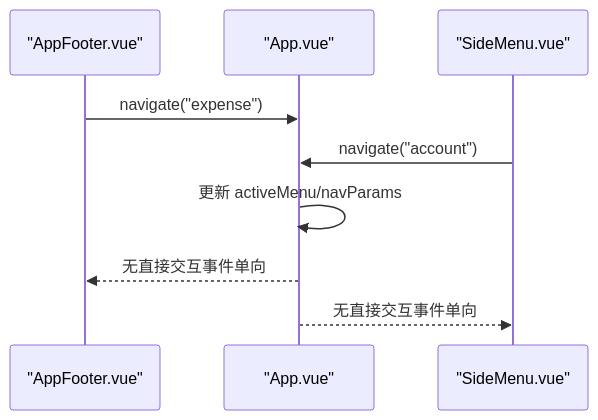
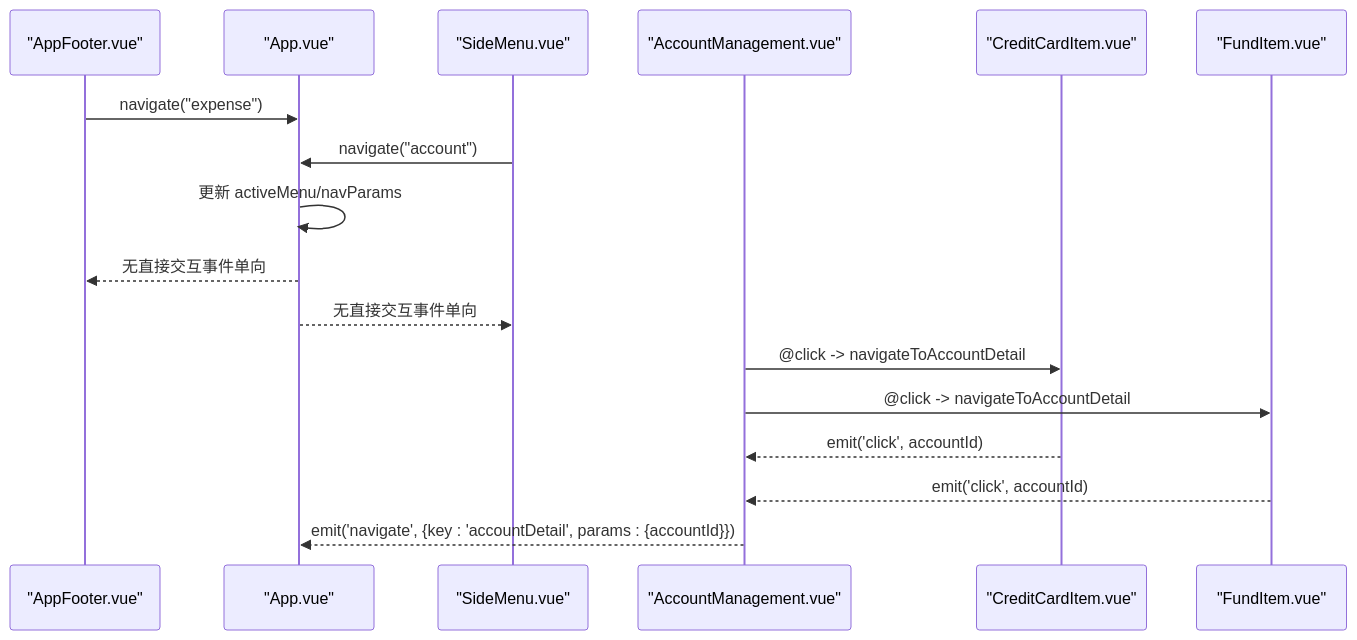
One commit to xiao-lin-unit/yuan changed the fourth of 9 diagrams in .qoder/repowiki/zh/content/架构设计/组件通信机制.md. Above: the diagram before and after it, drawn with Mermaid. The commit also changed other lines of this file and 19 other files, not shown here.

````diff
--- a/.qoder/repowiki/zh/content/架构设计/组件通信机制.md
+++ b/.qoder/repowiki/zh/content/架构设计/组件通信机制.md
@@ -178,11 +206,19 @@
 ```mermaid
 sequenceDiagram
 participant Footer as "AppFooter.vue"
 participant App as "App.vue"
 participant Menu as "SideMenu.vue"
+participant AccMgr as "AccountManagement.vue"
+participant CardItem as "CreditCardItem.vue"
+participant FundItem as "FundItem.vue"
 Footer->>App : navigate("expense")
 Menu->>App : navigate("account")
 App->>App : 更新 activeMenu/navParams
 App-->>Footer : 无直接交互事件单向
 App-->>Menu : 无直接交互事件单向
+AccMgr->>CardItem : @click -> navigateToAccountDetail
+AccMgr->>FundItem : @click -> navigateToAccountDetail
+CardItem-->>AccMgr : emit('click', accountId)
+FundItem-->>AccMgr : emit('click', accountId)
+AccMgr-->>App : emit('navigate', {key : 'accountDetail', params : {accountId}})
 ```
````
